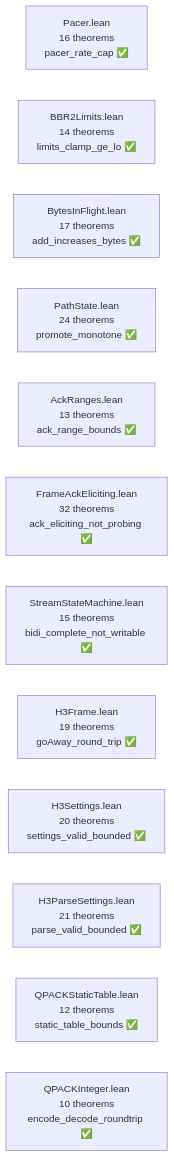
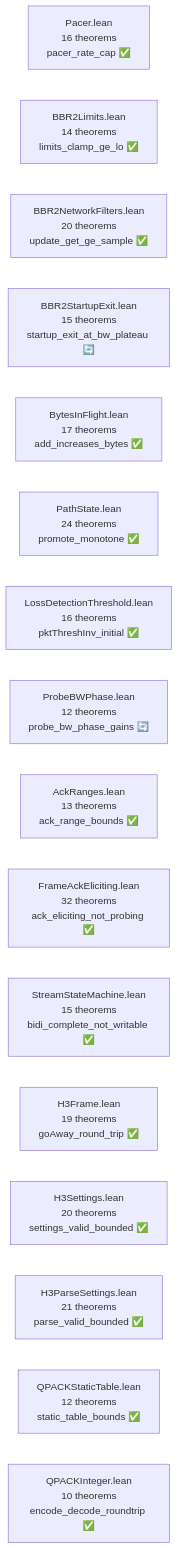
Before and after one commit to dsyme/quiche: the fifth of 8 diagrams in formal-verification/REPORT.md, drawn with Mermaid. The commit also changed other lines of this file and 2 other files, not shown here.

First line of the commit message:
feat(fv): Tasks 10+8 (run 144) — REPORT update (50 files, 949 thms) + Route-B LossDetectionThreshold 991/991

````diff
--- a/formal-verification/REPORT.md
+++ b/formal-verification/REPORT.md
@@ -215,15 +222,19 @@
 ```mermaid
 graph LR
     PC["Pacer.lean<br/>16 theorems<br/>pacer_rate_cap ✅"]
     BB["BBR2Limits.lean<br/>14 theorems<br/>limits_clamp_ge_lo ✅"]
+    BN["BBR2NetworkFilters.lean<br/>20 theorems<br/>update_get_ge_sample ✅"]
+    BSE["BBR2StartupExit.lean<br/>15 theorems<br/>startup_exit_at_bw_plateau 🔄"]
     BI["BytesInFlight.lean<br/>17 theorems<br/>add_increases_bytes ✅"]
     PS["PathState.lean<br/>24 theorems<br/>promote_monotone ✅"]
+    LD["LossDetectionThreshold.lean<br/>16 theorems<br/>pktThreshInv_initial ✅"]
+    PB["ProbeBWPhase.lean<br/>12 theorems<br/>probe_bw_phase_gains 🔄"]
     AR["AckRanges.lean<br/>13 theorems<br/>ack_range_bounds ✅"]
     FA["FrameAckEliciting.lean<br/>32 theorems<br/>ack_eliciting_not_probing ✅"]
     SS["StreamStateMachine.lean<br/>15 theorems<br/>bidi_complete_not_writable ✅"]
     H3["H3Frame.lean<br/>19 theorems<br/>goAway_round_trip ✅"]
     HS["H3Settings.lean<br/>20 theorems<br/>settings_valid_bounded ✅"]
     HP["H3ParseSettings.lean<br/>21 theorems<br/>parse_valid_bounded ✅"]
     QS["QPACKStaticTable.lean<br/>12 theorems<br/>static_table_bounds ✅"]
     QI["QPACKInteger.lean<br/>10 theorems<br/>encode_decode_roundtrip ✅"]
 ```
````
